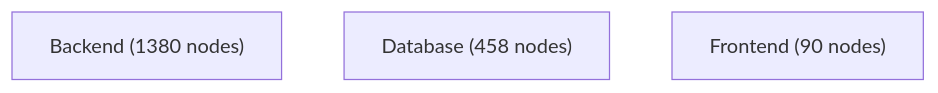
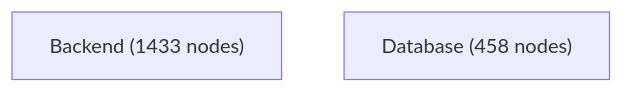
Before and after one commit to jankneumann/agentic-coding-tools: the diagram in docs/architecture-analysis/views/containers.mmd, drawn with Mermaid. The commit also changed 14 other files, not shown here.

First line of the commit message:
chore(architecture): regenerate artifacts at 56bc6ea3

```diff
--- a/docs/architecture-analysis/views/containers.mmd
+++ b/docs/architecture-analysis/views/containers.mmd
@@ -1,4 +1,3 @@
 flowchart TB
-    Backend["Backend (1380 nodes)"]
+    Backend["Backend (1433 nodes)"]
     Database["Database (458 nodes)"]
-    Frontend["Frontend (90 nodes)"]
```
